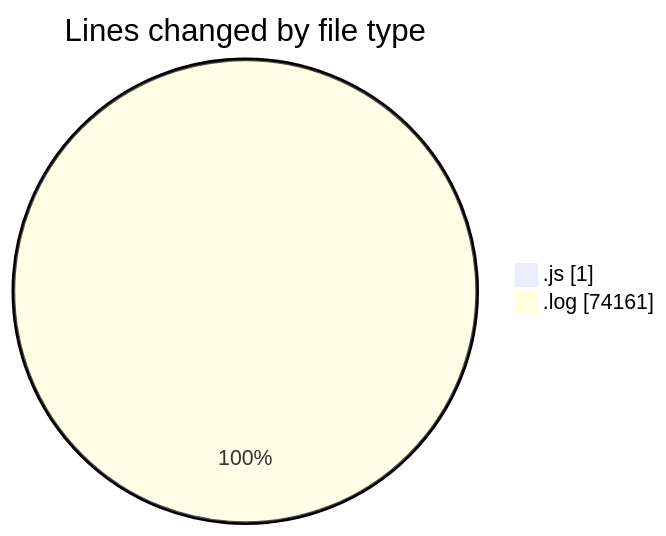
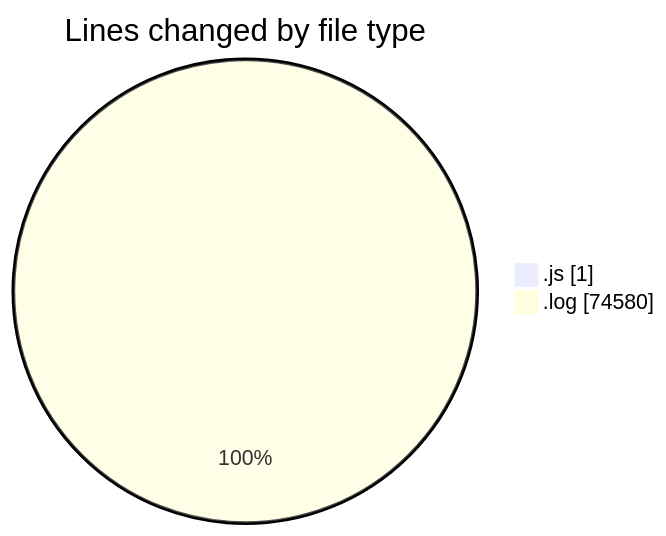
One commit to nxtqubesakshisongat/code-tracking changed the first of 2 diagrams in 2025-05-28/nxtqube_webapp/README.md. Above: the diagram before and after it, drawn with Mermaid. The commit also changed other lines of this file and 1 other file, not shown here.

````diff
--- a/2025-05-28/nxtqube_webapp/README.md
+++ b/2025-05-28/nxtqube_webapp/README.md
@@ -22,6 +23,6 @@
 ```mermaid
 pie showData
 title Lines changed by file type
 ".js" : 1
-".log" : 74161
+".log" : 74580
 ```
````
